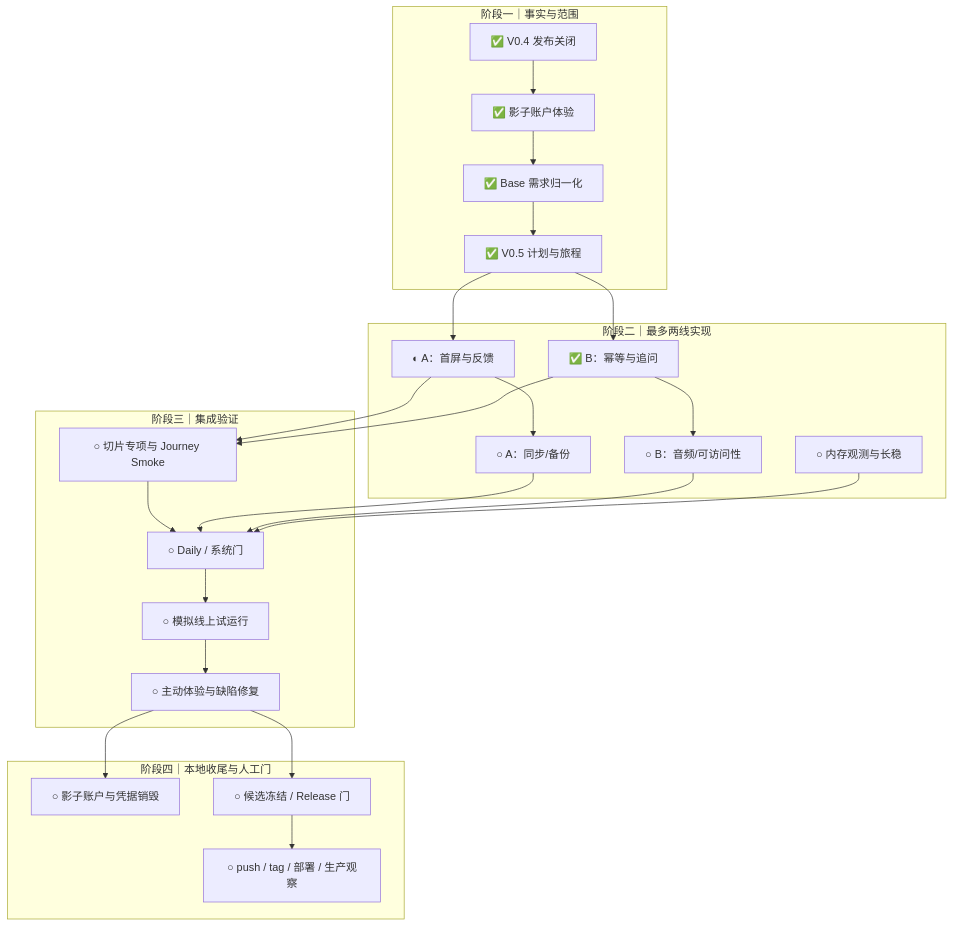
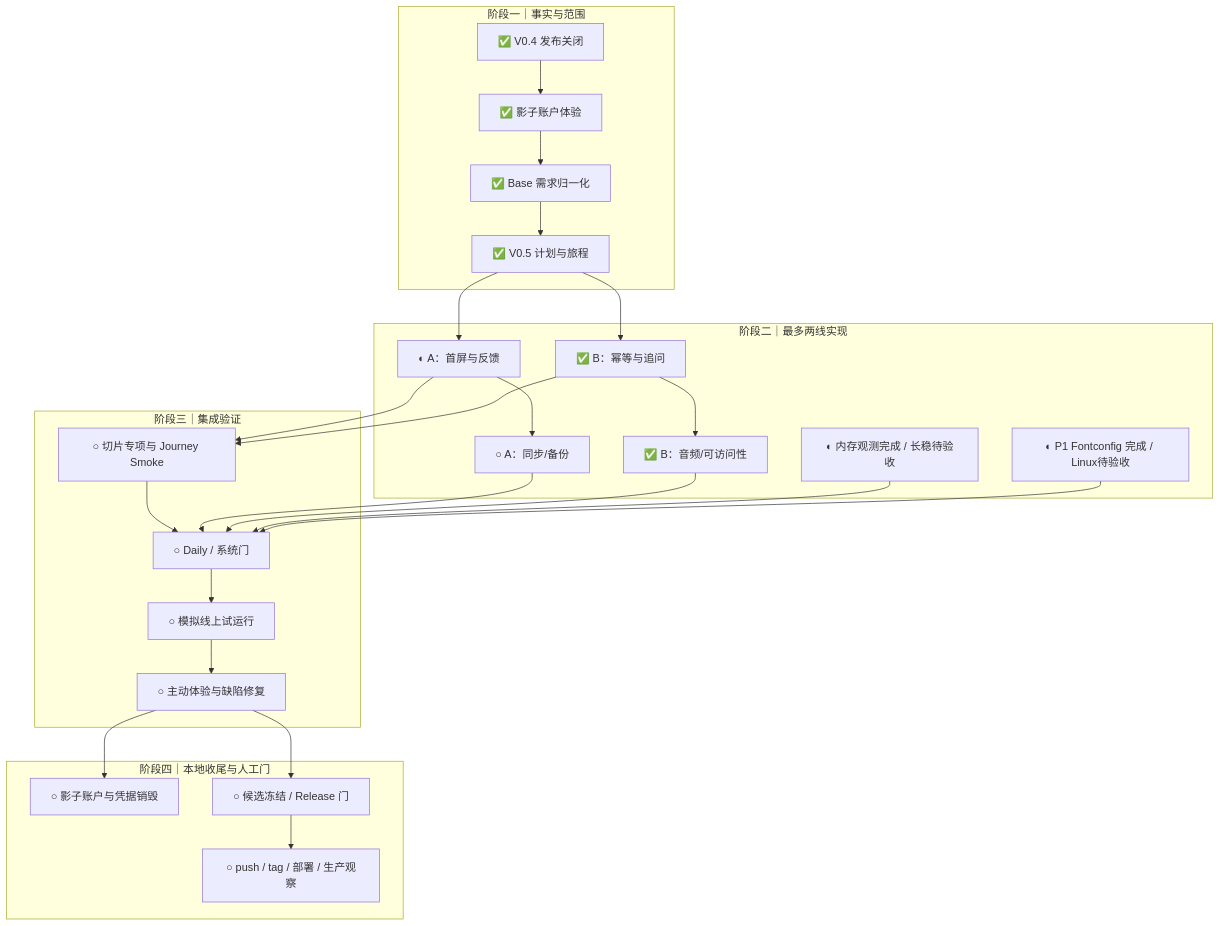
Before and after one commit to 77Liu/for-now: the diagram in reports/iteration-plan-v0.5.0-2026-10-03.md, drawn with Mermaid. The commit also changed other lines of this file and 1 other file, not shown here.

````diff
--- a/reports/iteration-plan-v0.5.0-2026-10-03.md
+++ b/reports/iteration-plan-v0.5.0-2026-10-03.md
@@ -196,33 +197,35 @@
 ```mermaid
 flowchart TD
   subgraph BASE["阶段一｜事实与范围"]
     A["✅ V0.4 发布关闭"] --> B["✅ 影子账户体验"]
     B --> C["✅ Base 需求归一化"]
     C --> D["✅ V0.5 计划与旅程"]
   end
   subgraph BUILD["阶段二｜最多两线实现"]
     E["◐ A：首屏与反馈"] --> F["○ A：同步/备份"]
-    G["✅ B：幂等与追问"] --> H["○ B：音频/可访问性"]
-    I["○ 内存观测与长稳"]
+    G["✅ B：幂等与追问"] --> H["✅ B：音频/可访问性"]
+    I["◐ 内存观测完成 / 长稳待验收"]
+    Q["◐ P1 Fontconfig 完成 / Linux待验收"]
   end
   subgraph VERIFY["阶段三｜集成验证"]
     J["○ 切片专项与 Journey Smoke"] --> K["○ Daily / 系统门"]
     K --> L["○ 模拟线上试运行"]
     L --> M["○ 主动体验与缺陷修复"]
   end
   subgraph CLOSE["阶段四｜本地收尾与人工门"]
     N["○ 影子账户与凭据销毁"]
     O["○ 候选冻结 / Release 门"]
     P["○ push / tag / 部署 / 生产观察"]
   end
   D --> E
   D --> G
   E --> J
   G --> J
   F --> K
   H --> K
   I --> K
+  Q --> K
   M --> N
   M --> O
   O --> P
 ```
````
